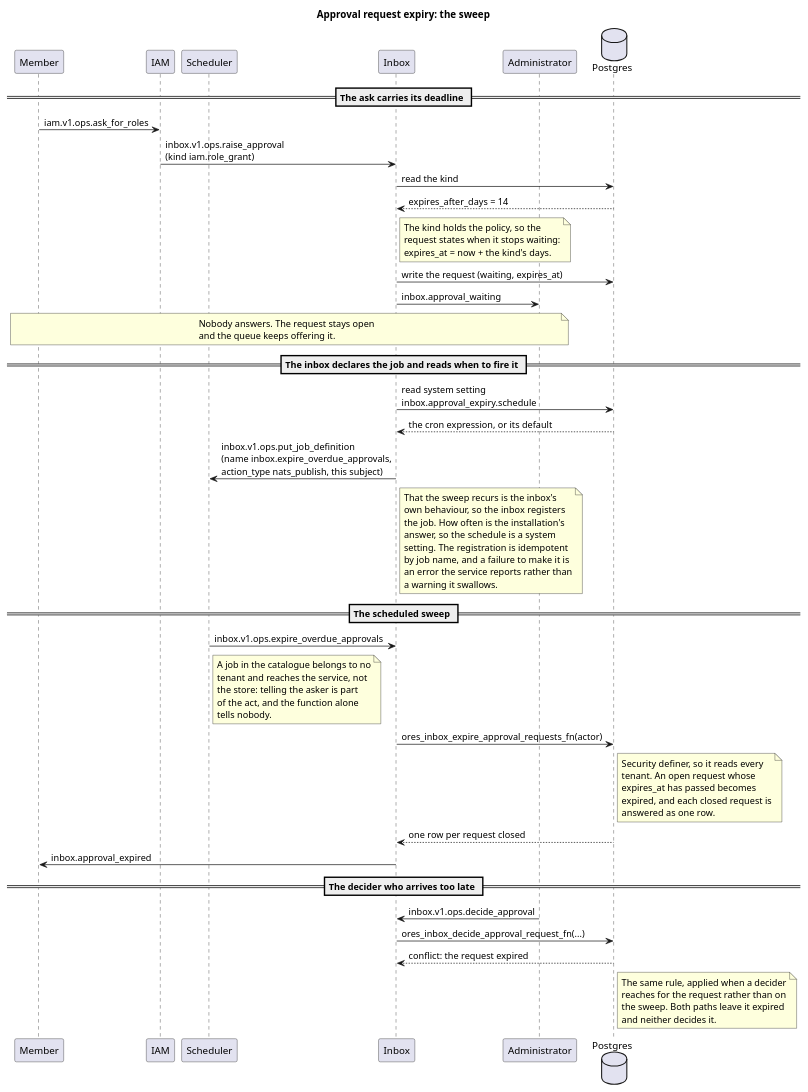
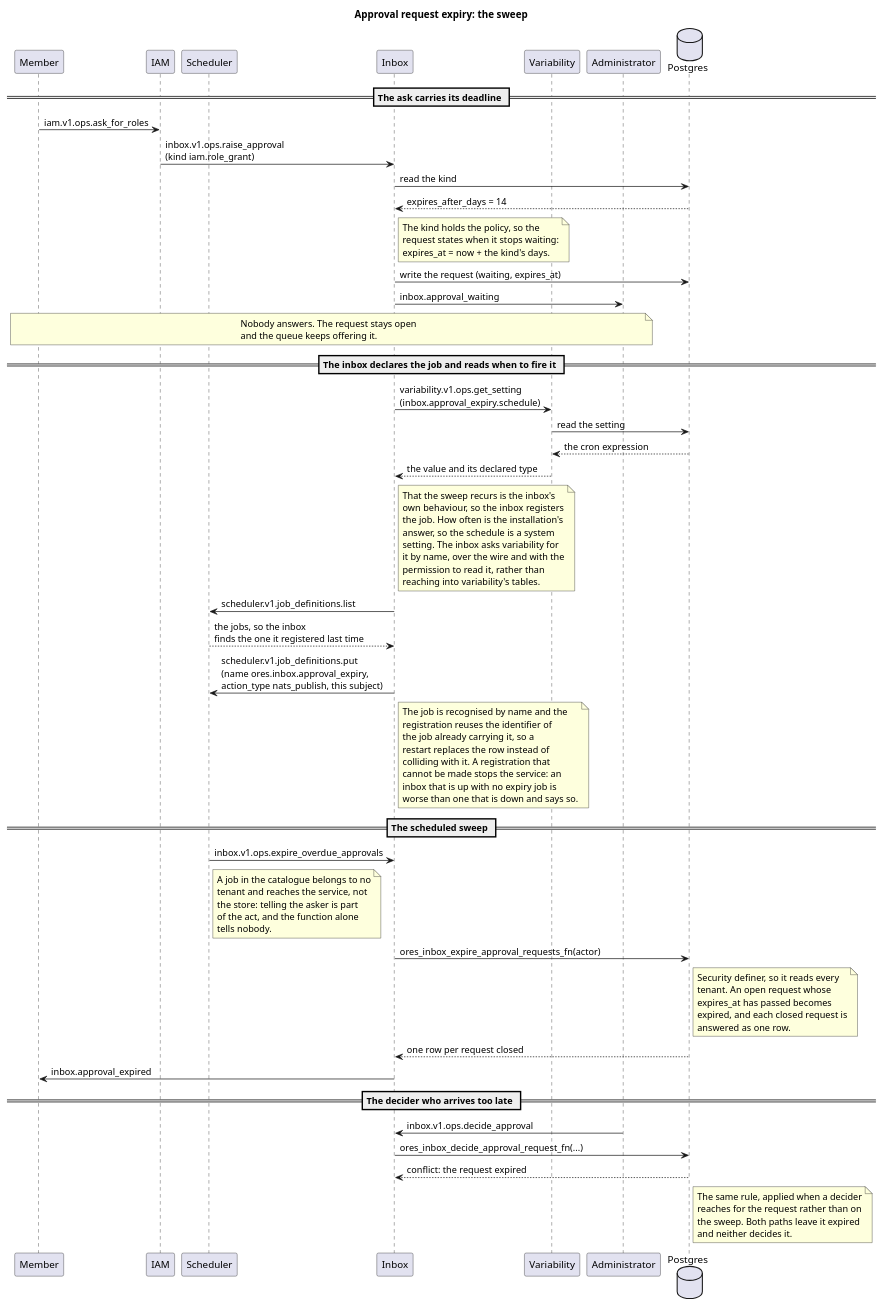
The diagram in doc/knowledge/architecture/approval_request_expiry_interaction.puml (OreStudio/OreStudio), drawn with PlantUML before and after one commit. The commit also changed 29 other files, not shown here.

First line of the commit message:
[inbox] Close a lapsed approval request from a scheduled job

```diff
--- a/doc/knowledge/architecture/approval_request_expiry_interaction.puml
+++ b/doc/knowledge/architecture/approval_request_expiry_interaction.puml
@@ -18,79 +18,94 @@
 @startuml
 
 title Approval request expiry: the sweep
 
 participant "Member" as member
 participant "IAM" as iam
 participant "Scheduler" as sched
 participant "Inbox" as inbox
+participant "Variability" as var
 participant "Administrator" as admin
 database "Postgres" as db
 
 == The ask carries its deadline ==
 
 member -> iam : iam.v1.ops.ask_for_roles
 iam -> inbox : inbox.v1.ops.raise_approval\n(kind iam.role_grant)
 inbox -> db : read the kind
 db --> inbox : expires_after_days = 14
 note right of inbox
   The kind holds the policy, so the
   request states when it stops waiting:
   expires_at = now + the kind's days.
 end note
 inbox -> db : write the request (waiting, expires_at)
 inbox -> admin : inbox.approval_waiting
 note over member, admin
   Nobody answers. The request stays open
   and the queue keeps offering it.
 end note
 
 == The inbox declares the job and reads when to fire it ==
 
-inbox -> db : read system setting\ninbox.approval_expiry.schedule
-db --> inbox : the cron expression, or its default
-inbox -> sched : inbox.v1.ops.put_job_definition\n(name inbox.expire_overdue_approvals,\naction_type nats_publish, this subject)
+inbox -> var : variability.v1.ops.get_setting\n(inbox.approval_expiry.schedule)
+var -> db : read the setting
+db --> var : the cron expression
+var --> inbox : the value and its declared type
 note right of inbox
   That the sweep recurs is the inbox's
   own behaviour, so the inbox registers
   the job. How often is the installation's
   answer, so the schedule is a system
-  setting. The registration is idempotent
-  by job name, and a failure to make it is
-  an error the service reports rather than
-  a warning it swallows.
+  setting. The inbox asks variability for
+  it by name, over the wire and with the
+  permission to read it, rather than
+  reaching into variability's tables.
+end note
+inbox -> sched : scheduler.v1.job_definitions.list
+sched --> inbox : the jobs, so the inbox\nfinds the one it registered last time
+inbox -> sched : scheduler.v1.job_definitions.put\n(name ores.inbox.approval_expiry,\naction_type nats_publish, this subject)
+note right of inbox
+  The job is recognised by name and the
+  registration reuses the identifier of
+  the job already carrying it, so a
+  restart replaces the row instead of
+  colliding with it. A registration that
+  cannot be made stops the service: an
+  inbox that is up with no expiry job is
+  worse than one that is down and says so.
 end note
 
 == The scheduled sweep ==
 
 sched -> inbox : inbox.v1.ops.expire_overdue_approvals
 note right of sched
   A job in the catalogue belongs to no
   tenant and reaches the service, not
   the store: telling the asker is part
   of the act, and the function alone
   tells nobody.
 end note
 inbox -> db : ores_inbox_expire_approval_requests_fn(actor)
 note right of db
   Security definer, so it reads every
   tenant. An open request whose
   expires_at has passed becomes
   expired, and each closed request is
   answered as one row.
 end note
 db --> inbox : one row per request closed
 inbox -> member : inbox.approval_expired
 
 == The decider who arrives too late ==
 
 admin -> inbox : inbox.v1.ops.decide_approval
 inbox -> db : ores_inbox_decide_approval_request_fn(...)
 db --> inbox : conflict: the request expired
 note right of db
   The same rule, applied when a decider
   reaches for the request rather than on
   the sweep. Both paths leave it expired
   and neither decides it.
 end note
 
 @enduml
```
